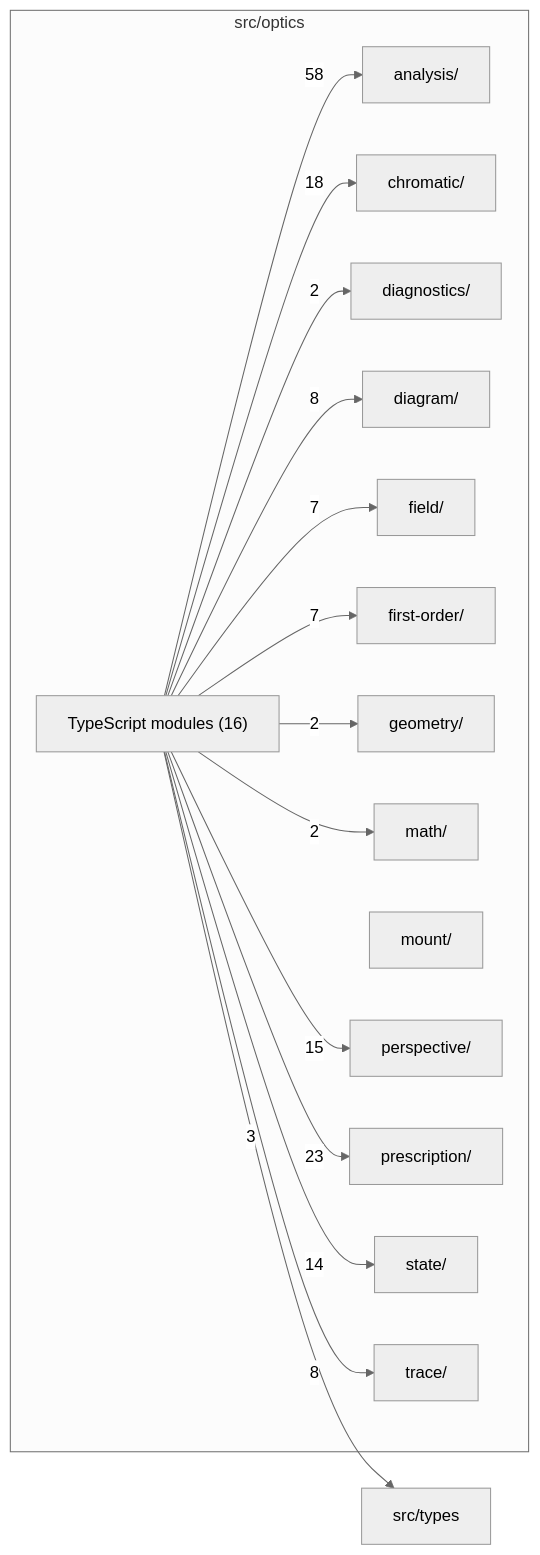
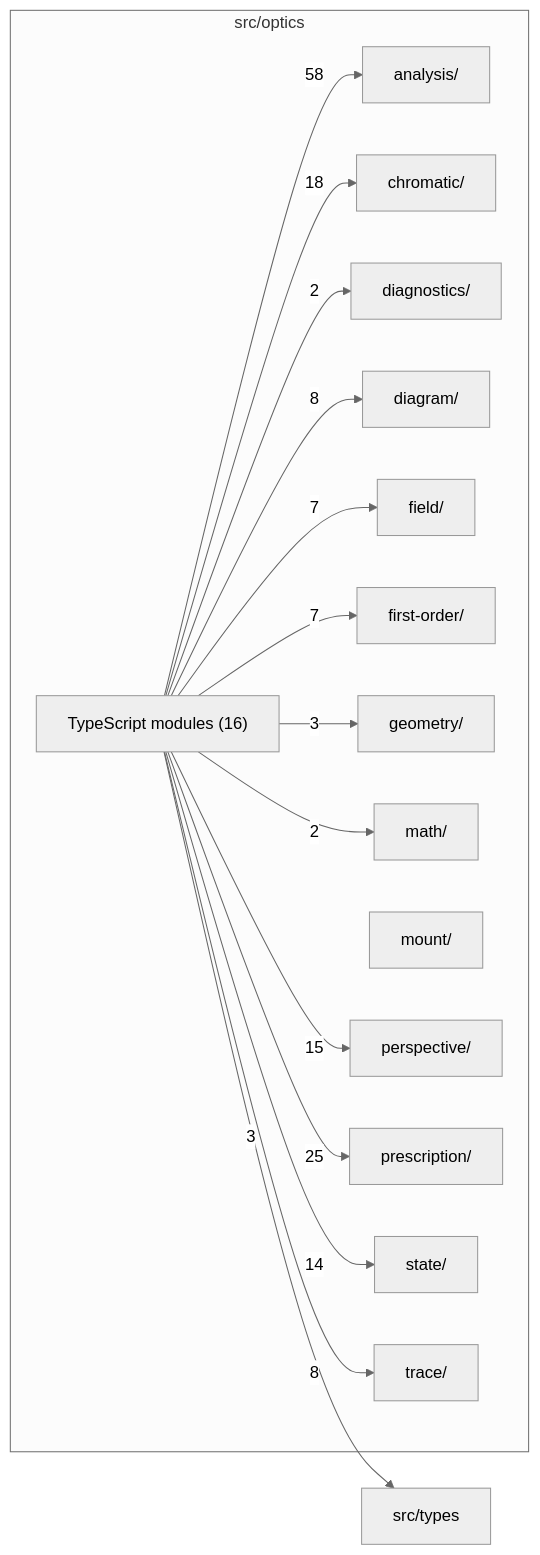
One commit to ronbuening/LensVisualizer changed the diagram in src/optics/readme.md. Above: the diagram before and after it, drawn with Mermaid (neutral theme). The commit also changed other lines of this file and 33 other files, not shown here.

````diff
--- a/src/optics/readme.md
+++ b/src/optics/readme.md
@@ -9,33 +9,33 @@
 ```mermaid
 flowchart LR
   subgraph n_src_optics["src/optics"]
     n_src_optics_src_optics_analysis["analysis/"]
     n_src_optics_src_optics_chromatic["chromatic/"]
     n_src_optics_src_optics_diagnostics["diagnostics/"]
     n_src_optics_src_optics_diagram["diagram/"]
     n_src_optics_src_optics_field["field/"]
     n_src_optics_src_optics_first_order["first-order/"]
     n_src_optics_src_optics_geometry["geometry/"]
     n_src_optics_src_optics_math["math/"]
     n_src_optics_src_optics_mount["mount/"]
     n_src_optics_src_optics_perspective["perspective/"]
     n_src_optics_src_optics_prescription["prescription/"]
     n_src_optics_src_optics_state["state/"]
     n_src_optics_src_optics_trace["trace/"]
     n_src_optics_TypeScript_modules["TypeScript modules (16)"]
   end
   n_external_src_types["src/types"]
   n_src_optics_TypeScript_modules --> |58| n_src_optics_src_optics_analysis
-  n_src_optics_TypeScript_modules --> |23| n_src_optics_src_optics_prescription
+  n_src_optics_TypeScript_modules --> |25| n_src_optics_src_optics_prescription
   n_src_optics_TypeScript_modules --> |18| n_src_optics_src_optics_chromatic
   n_src_optics_TypeScript_modules --> |15| n_src_optics_src_optics_perspective
   n_src_optics_TypeScript_modules --> |14| n_src_optics_src_optics_state
   n_src_optics_TypeScript_modules --> |8| n_src_optics_src_optics_diagram
   n_src_optics_TypeScript_modules --> |8| n_src_optics_src_optics_trace
   n_src_optics_TypeScript_modules --> |7| n_src_optics_src_optics_field
   n_src_optics_TypeScript_modules --> |7| n_src_optics_src_optics_first_order
   n_src_optics_TypeScript_modules --> |3| n_external_src_types
+  n_src_optics_TypeScript_modules --> |3| n_src_optics_src_optics_geometry
   n_src_optics_TypeScript_modules --> |2| n_src_optics_src_optics_diagnostics
-  n_src_optics_TypeScript_modules --> |2| n_src_optics_src_optics_geometry
   n_src_optics_TypeScript_modules --> |2| n_src_optics_src_optics_math
 ```
````
